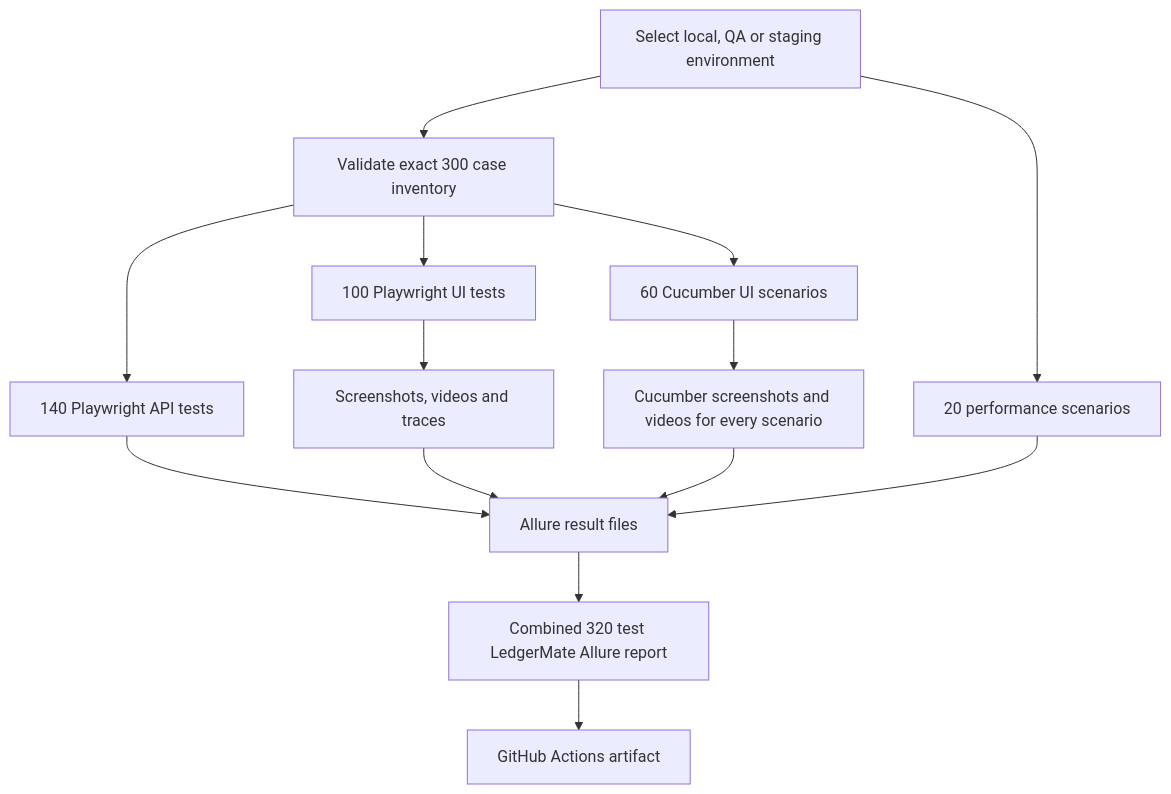
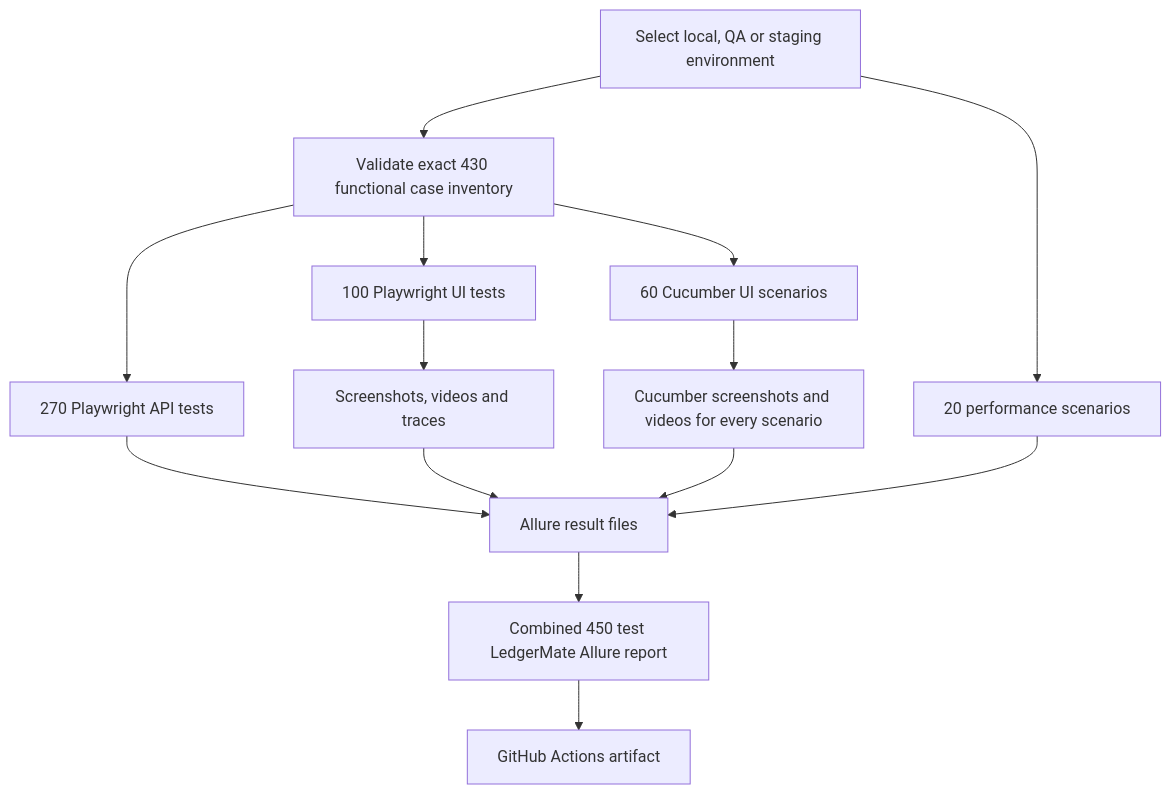
Before and after one commit to haroondhanyal/LedgerMate360: the seventh of 8 diagrams in README.md, drawn with Mermaid. The commit also changed other lines of this file and 21 other files, not shown here.

Commit message:
Expand LedgerMate automation to 450 checks

````diff
--- a/README.md
+++ b/README.md
@@ -277,16 +295,16 @@
 ```mermaid
 flowchart TD
-    E[Select local, QA or staging environment] --> I[Validate exact 300 case inventory]
-    I --> A[140 Playwright API tests]
+    E[Select local, QA or staging environment] --> I[Validate exact 430 functional case inventory]
+    I --> A[270 Playwright API tests]
     I --> U[100 Playwright UI tests]
     I --> C[60 Cucumber UI scenarios]
     E --> P[20 performance scenarios]
     A --> R[Allure result files]
     U --> S[Screenshots, videos and traces]
     S --> R
     C --> V[Cucumber screenshots and videos for every scenario]
     V --> R
     P --> R
-    R --> H[Combined 320 test LedgerMate Allure report]
+    R --> H[Combined 450 test LedgerMate Allure report]
     H --> G[GitHub Actions artifact]
 ```
````
